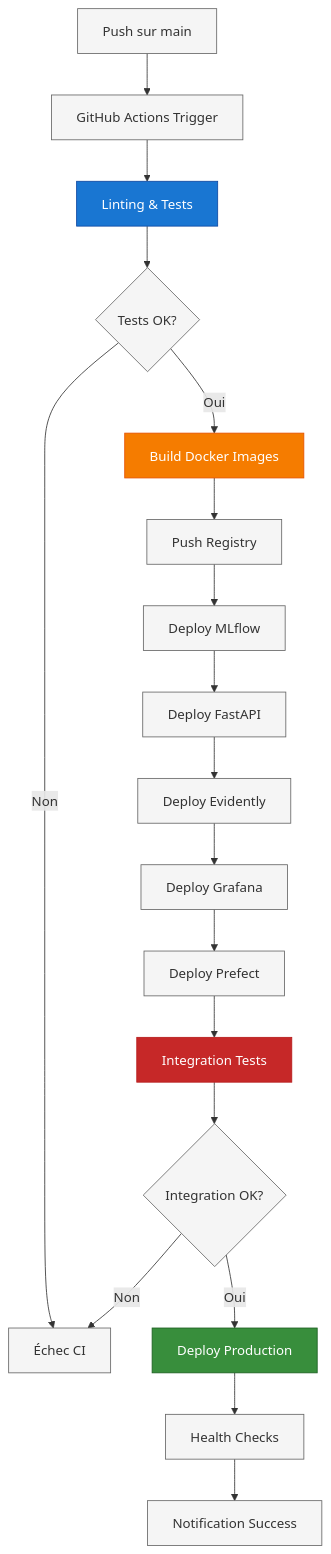
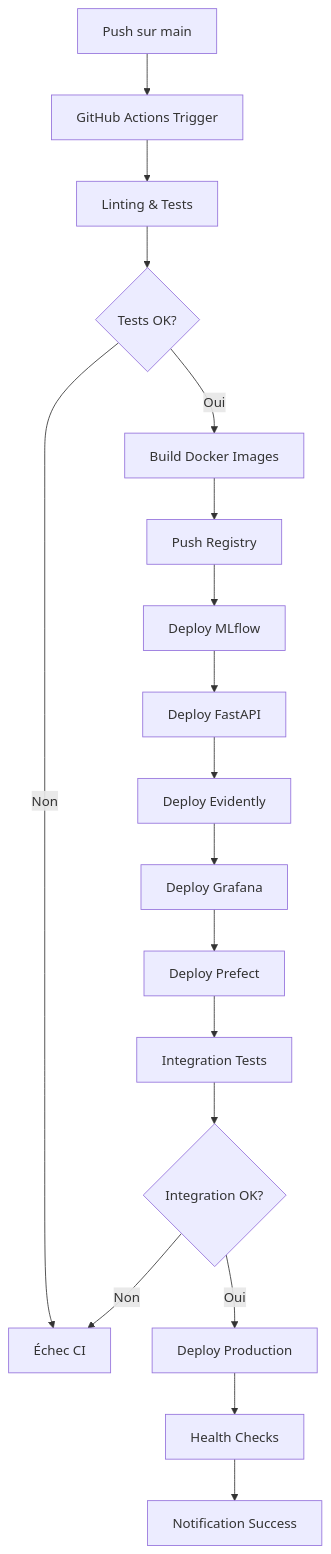
Before and after one commit to jinsudai/jinsudai: the tenth of 21 diagrams in docs/ARCHITECTURE_MLOPS.md, drawn with Mermaid. The commit also changed other lines of this file, not shown here.

````diff
--- a/docs/ARCHITECTURE_MLOPS.md
+++ b/docs/ARCHITECTURE_MLOPS.md
@@ -413,31 +333,22 @@
 ```mermaid
 flowchart TD
-    classDef testing fill:#1976D2,stroke:#0D47A1,color:#fff
-    classDef build fill:#F57C00,stroke:#E65100,color:#fff
-    classDef integration fill:#C62828,stroke:#B71C1C,color:#fff
-    classDef deployment fill:#388E3C,stroke:#1B5E20,color:#fff
-    classDef default fill:#f5f5f5,stroke:#666,color:#333
 
     A[Push sur main] --> B[GitHub Actions Trigger]
     B --> C[Linting & Tests]
     C --> D{Tests OK?}
     D -->|Non| E[Échec CI]
     D -->|Oui| F[Build Docker Images]
     F --> G[Push Registry]
     G --> H[Deploy MLflow]
     H --> I[Deploy FastAPI]
     I --> J[Deploy Evidently]
     J --> K[Deploy Grafana]
     K --> L[Deploy Prefect]
     L --> M[Integration Tests]
     M --> N{Integration OK?}
     N -->|Non| E
     N -->|Oui| O[Deploy Production]
     O --> P[Health Checks]
     P --> Q[Notification Success]
 
-    class C testing
-    class F build
-    class M integration
-    class O deployment
 ```
````
